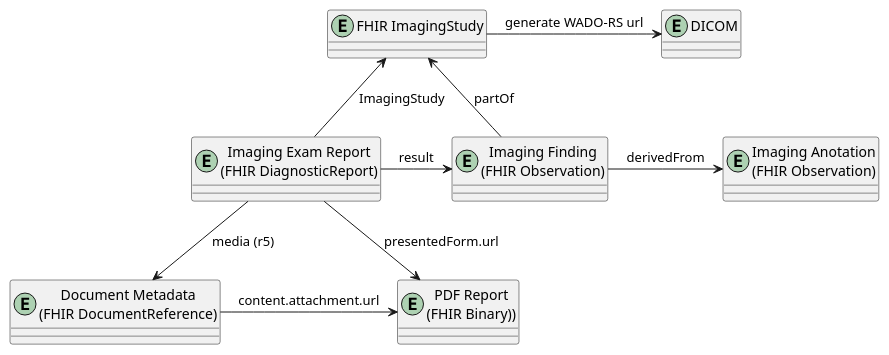
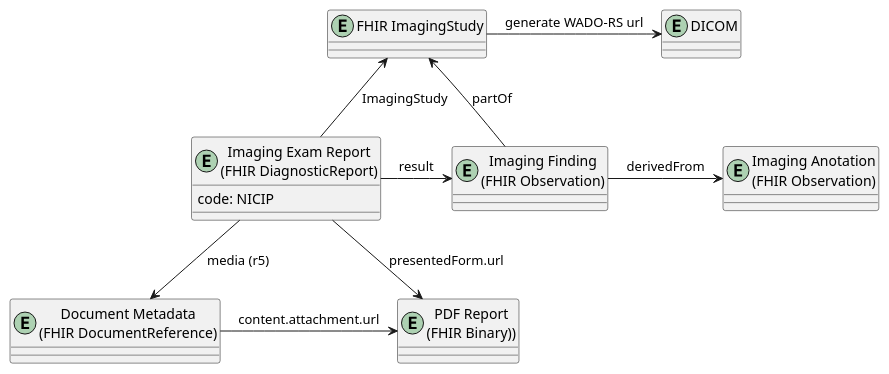
One commit to KevinMayfield/IHE-RAD changed the diagram in input/images-source/model-rad.plantuml. Above: the diagram before and after it, drawn with PlantUML.

Commit message:
ig config

```diff
--- a/input/images-source/model-rad.plantuml
+++ b/input/images-source/model-rad.plantuml
@@ -1,21 +1,23 @@
 @startuml
 
 entity "FHIR ImagingStudy" as ImagingStudy
 entity "Imaging Finding\n(FHIR Observation)" as Observation
-entity "Imaging Exam Report\n(FHIR DiagnosticReport)" as DiagnosticReport
+entity "Imaging Exam Report\n(FHIR DiagnosticReport)" as DiagnosticReport {
+code: NICIP
+}
 entity "DICOM" as DICOM
 entity "Imaging Anotation\n(FHIR Observation)" as Anotation
 entity "PDF Report\n(FHIR Binary))" as Binary
 entity "Document Metadata\n(FHIR DocumentReference)" as DocumentReference
 
 DiagnosticReport -r-> Observation: result
 Observation -r-> Anotation: derivedFrom
 Observation -u-> ImagingStudy : partOf
 ImagingStudy -r-> DICOM : generate WADO-RS url
 DiagnosticReport -u-> ImagingStudy: ImagingStudy
 DiagnosticReport -d-> Binary: presentedForm.url
 DiagnosticReport -d-> DocumentReference: media (r5)
 DocumentReference -r-> Binary : content.attachment.url
 
 
 @enduml
```
